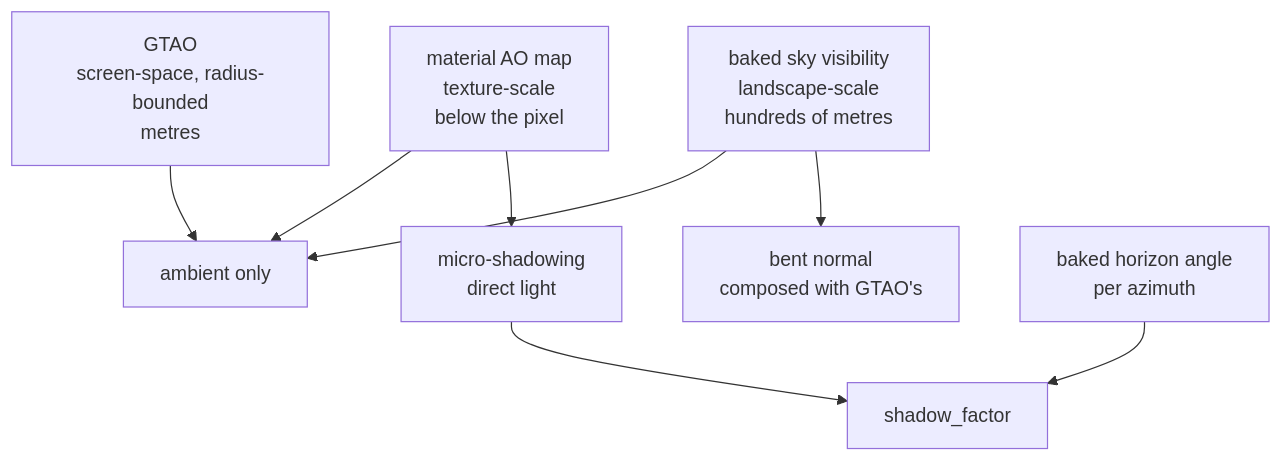
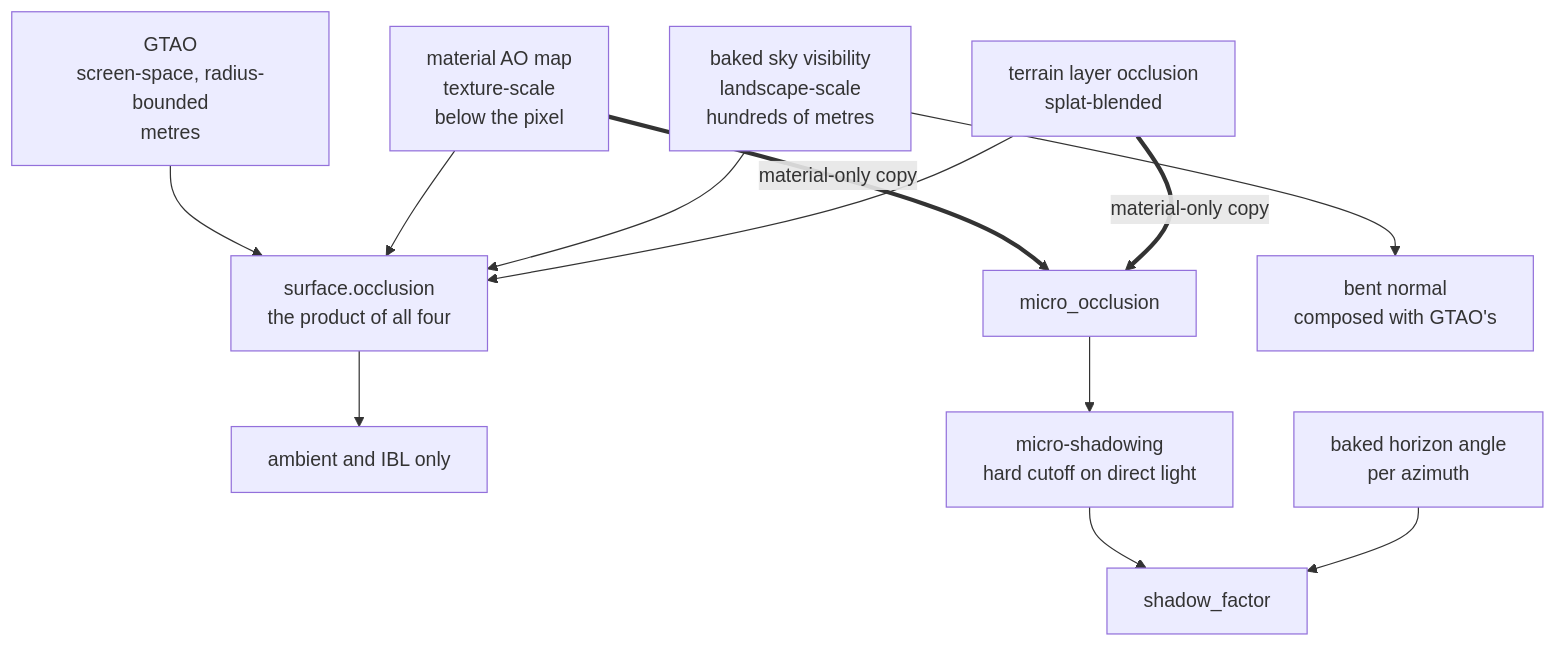
Diagram 11 of 26 in context.md (ReanSchwarzer1/SomniumEngine), drawn with Mermaid before and after one commit. The commit also changed other lines of this file and 4 other files, not shown here.

````diff
--- a/context.md
+++ b/context.md
@@ -915,10 +921,15 @@
 ```mermaid
 flowchart TB
-    GTAO["GTAO<br/>screen-space, radius-bounded<br/>metres"] --> AMB["ambient only"]
+    GTAO["GTAO<br/>screen-space, radius-bounded<br/>metres"] --> AMB
     MAT["material AO map<br/>texture-scale<br/>below the pixel"] --> AMB
-    MAT --> MICRO["micro-shadowing<br/>direct light"]
     SKY["baked sky visibility<br/>landscape-scale<br/>hundreds of metres"] --> AMB
+    TERR["terrain layer occlusion<br/>splat-blended"] --> AMB
+    AMB["surface.occlusion<br/>the product of all four"] --> IBL["ambient and IBL only"]
+
+    MAT ==>|"material-only copy"| MICRO["micro_occlusion"]
+    TERR ==>|"material-only copy"| MICRO
+    MICRO --> MS["micro-shadowing<br/>hard cutoff on direct light"]
+    MS --> DIRECT["shadow_factor"]
+    HORIZON["baked horizon angle<br/>per azimuth"] --> DIRECT
     SKY --> BENT["bent normal<br/>composed with GTAO's"]
-    HORIZON["baked horizon angle<br/>per azimuth"] --> DIRECT["shadow_factor"]
-    MICRO --> DIRECT
 ```
````
